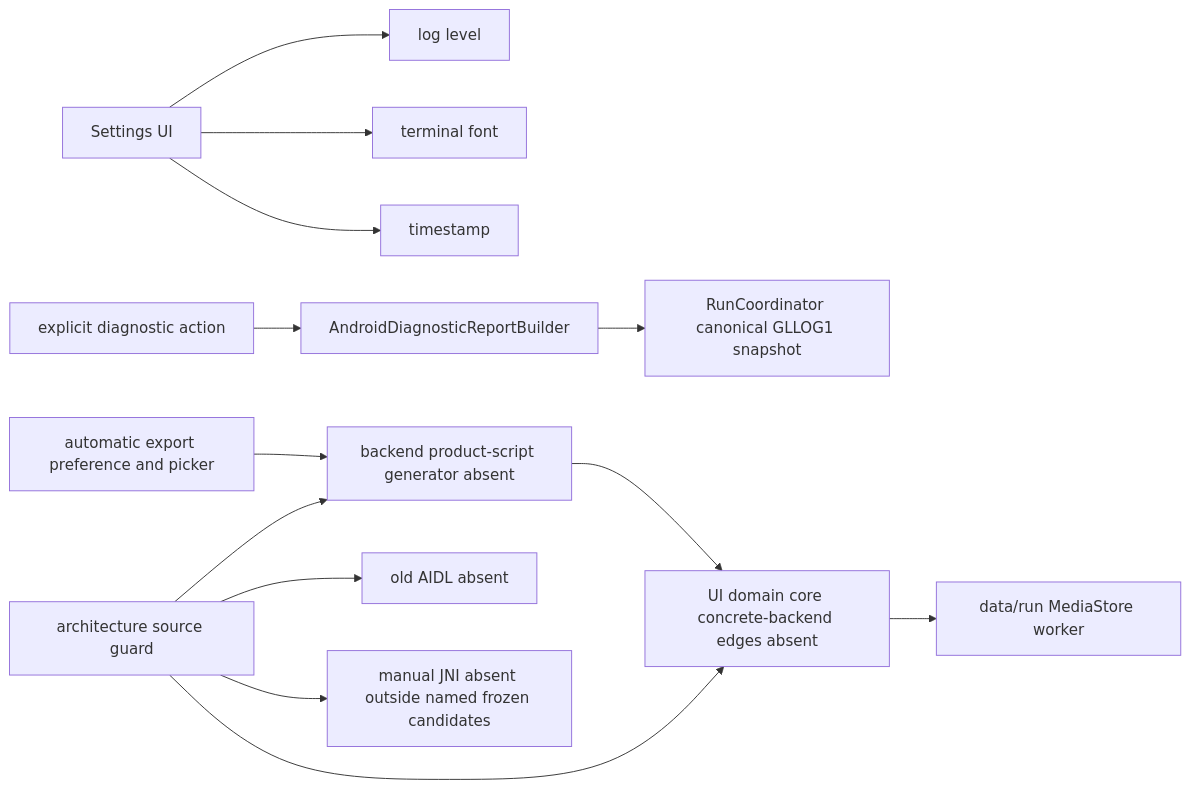
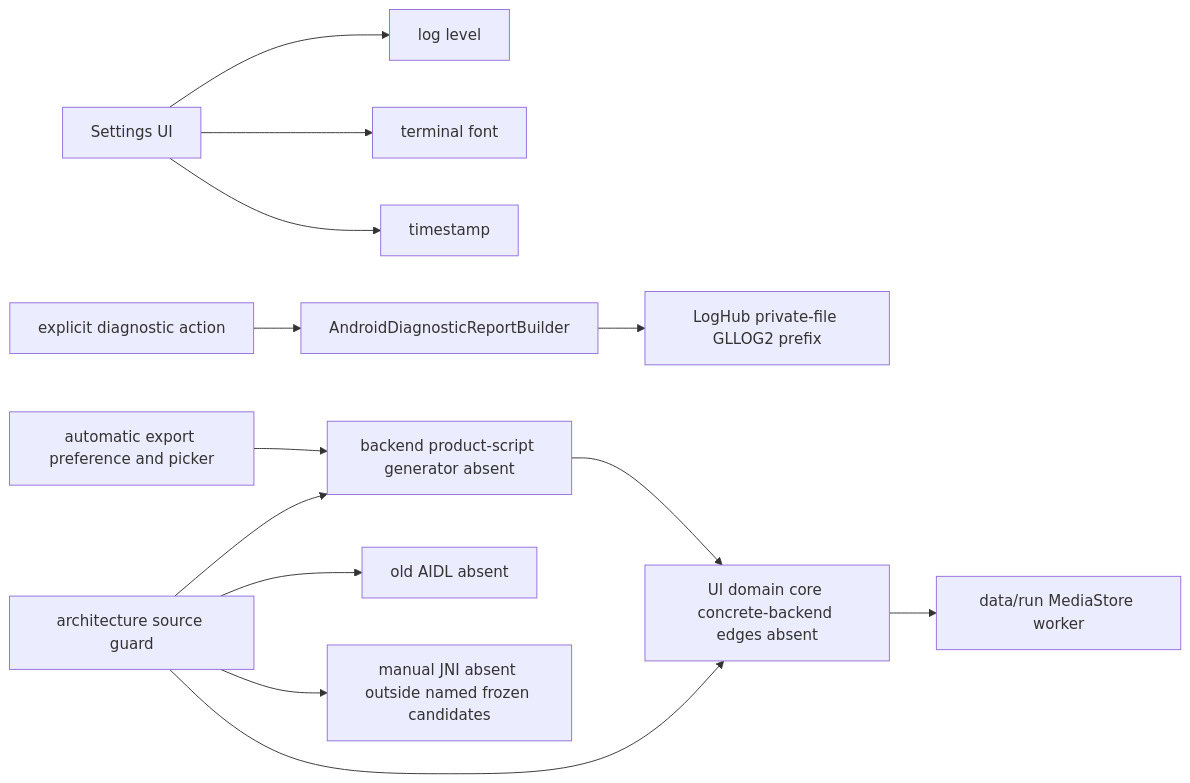
Diagram 44 of 56 in docs/development/full-process-uml.md (YuKongA/ghostlock-app), drawn with Mermaid before and after one commit. The commit also changed other lines of this file and 100 other files, not shown here.

Commit message:
refactor(run): finalize log hub and diagnose handoff

```diff
--- a/docs/development/full-process-uml.md
+++ b/docs/development/full-process-uml.md
@@ -1553,15 +1555,15 @@
 ~~~mermaid
 flowchart LR
   S[Settings UI] --> L[log level]
   S --> F[terminal font]
   S --> T[timestamp]
   U[explicit diagnostic action] --> B[AndroidDiagnosticReportBuilder]
-  B --> R[RunCoordinator canonical GLLOG1 snapshot]
+  B --> R[LogHub private-file GLLOG2 prefix]
   X[automatic export preference and picker] --> P[OperationalPreferences]
-  P --> C[application RunCoordinator]
+  P --> C[application LogHub]
   C --> D[data/run MediaStore worker]
   G[architecture source guard] --> A[old AIDL absent]
   G --> J[manual JNI absent outside named frozen candidates]
   G --> C[UI domain core concrete-backend edges absent]
   G --> P[backend product-script generator absent]
 ~~~
```
